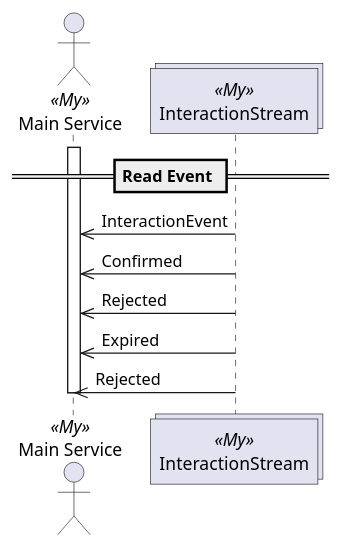
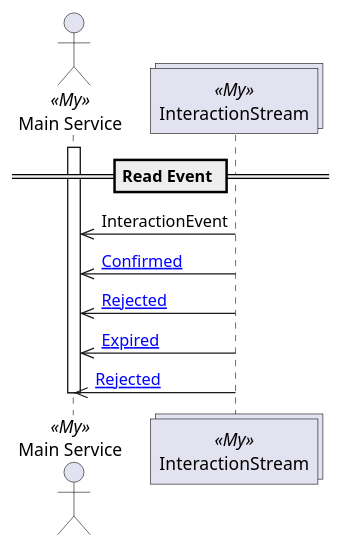
The diagram in docs/tuc/examples/read-event.puml (TypedUseCase/tuc-console), drawn with PlantUML before and after one commit. The commit also changed 16 other files, not shown here.

```diff
--- a/docs/tuc/examples/read-event.puml
+++ b/docs/tuc/examples/read-event.puml
@@ -1,17 +1,17 @@
 @startuml read-event
 
 == Read Event ==
 
 actor "Main Service" as MainService <<My>>
 collections "InteractionStream" as InteractionStream <<My>>
 
 activate MainService
 InteractionStream ->> MainService: InteractionEvent
-InteractionStream ->> MainService: Confirmed
-InteractionStream ->> MainService: Rejected
-InteractionStream ->> MainService: Expired
-InteractionStream ->> MainService: Rejected
+InteractionStream ->> MainService: [[{InteractionEvent.Confirmed}Confirmed]]
+InteractionStream ->> MainService: [[{InteractionEvent.Rejected}Rejected]]
+InteractionStream ->> MainService: [[{InteractionEvent.Rejected.Expired}Expired]]
+InteractionStream ->> MainService: [[{InteractionEvent.Rejected.Rejected}Rejected]]
 
 deactivate MainService
 
 @enduml
```
